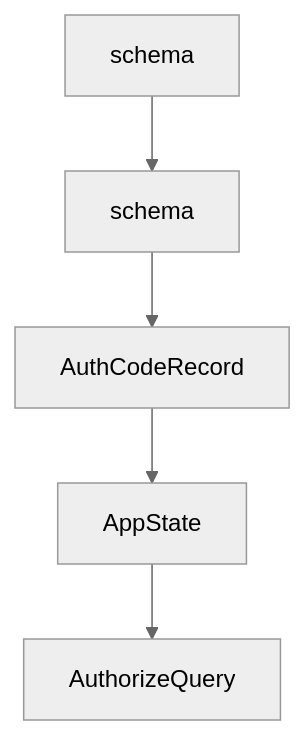
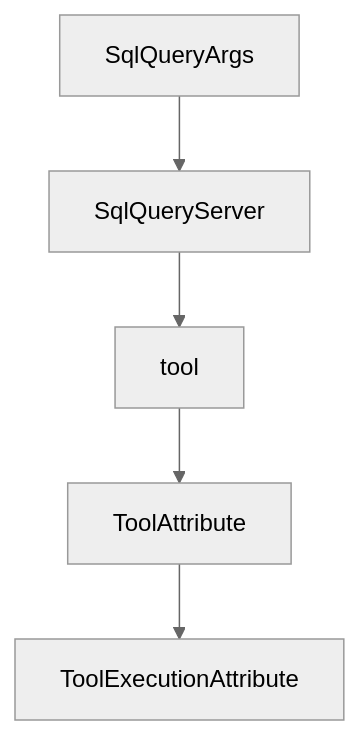
The diagram in tutorials/mcp-rust-sdk-tutorial/07-conformance-changelog-and-release-discipline.md (johnxie/awesome-code-docs), drawn with Mermaid (neutral theme) before and after one commit. The commit also changed other lines of this file and 1232 other files, not shown here.

````diff
--- a/tutorials/mcp-rust-sdk-tutorial/07-conformance-changelog-and-release-discipline.md
+++ b/tutorials/mcp-rust-sdk-tutorial/07-conformance-changelog-and-release-discipline.md
@@ -213,12 +211,12 @@
 ```mermaid
 flowchart TD
-    A[schema]
-    B[schema]
-    C[AuthCodeRecord]
-    D[AppState]
-    E[AuthorizeQuery]
+    A[SqlQueryArgs]
+    B[SqlQueryServer]
+    C[tool]
+    D[ToolAttribute]
+    E[ToolExecutionAttribute]
     A --> B
     B --> C
     C --> D
     D --> E
 ```
````
